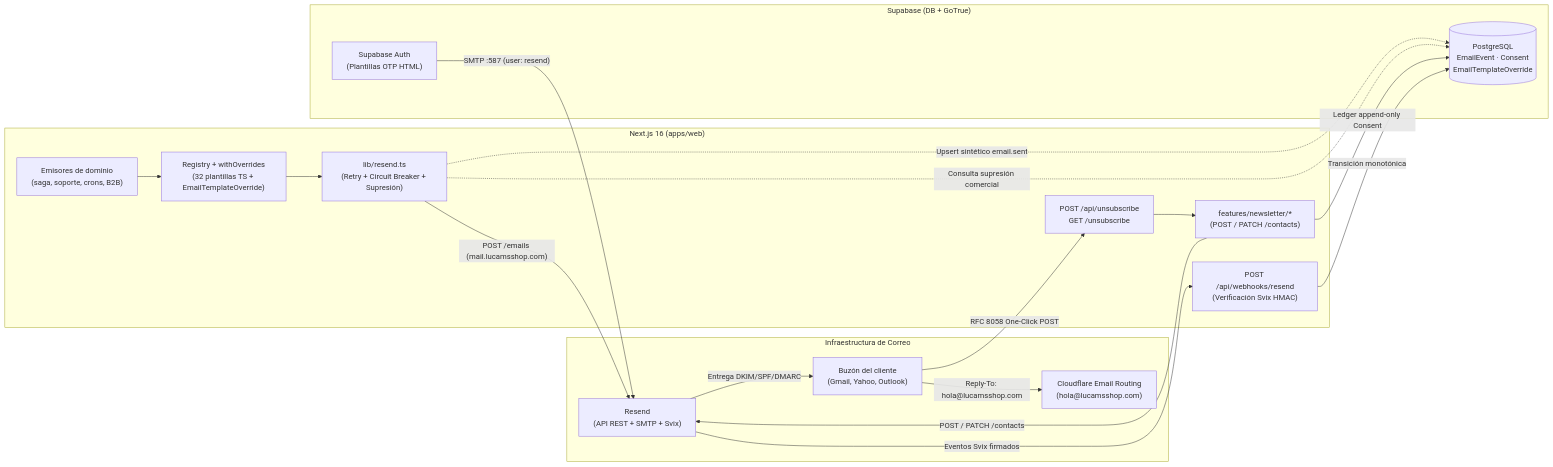
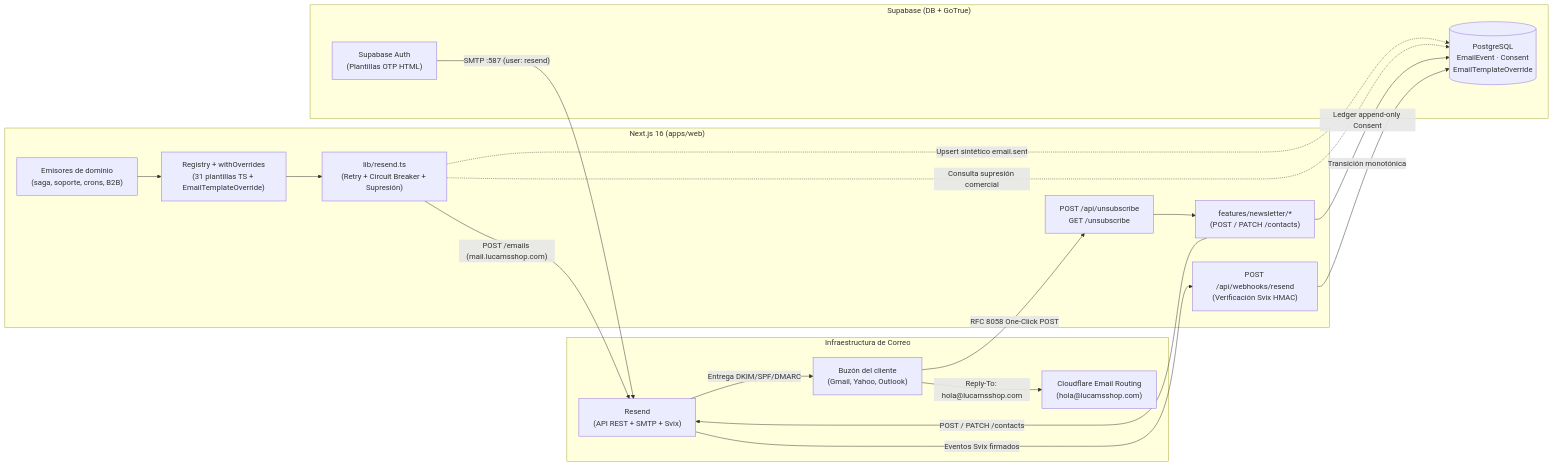
One commit to jullieth93/lucams changed the first of 2 diagrams in docs/integrations/resend-and-emails.md. Above: the diagram before and after it, drawn with Mermaid. The commit also changed other lines of this file and 274 other files, not shown here.

Commit message:
feat!: remove legacy individual quote flow

````diff
--- a/docs/integrations/resend-and-emails.md
+++ b/docs/integrations/resend-and-emails.md
@@ -15,36 +15,36 @@
 ```mermaid
 flowchart LR
   subgraph App["Next.js 16 (apps/web)"]
     Senders["Emisores de dominio\n(saga, soporte, crons, B2B)"]
-    Registry["Registry + withOverrides\n(32 plantillas TS + EmailTemplateOverride)"]
+    Registry["Registry + withOverrides\n(31 plantillas TS + EmailTemplateOverride)"]
     Client["lib/resend.ts\n(Retry + Circuit Breaker + Supresión)"]
     Contacts["features/newsletter/*\n(POST / PATCH /contacts)"]
     Webhook["POST /api/webhooks/resend\n(Verificación Svix HMAC)"]
     Unsub["POST /api/unsubscribe\nGET /unsubscribe"]
   end
 
   subgraph Supabase["Supabase (DB + GoTrue)"]
     GoTrue["Supabase Auth\n(Plantillas OTP HTML)"]
     DB[("PostgreSQL\nEmailEvent · Consent\nEmailTemplateOverride")]
   end
 
   subgraph External["Infraestructura de Correo"]
     Resend["Resend\n(API REST + SMTP + Svix)"]
     CF["Cloudflare Email Routing\n(hola@lucamsshop.com)"]
     Inbox["Buzón del cliente\n(Gmail, Yahoo, Outlook)"]
   end
 
   Senders --> Registry --> Client
   Client -->|"POST /emails (mail.lucamsshop.com)"| Resend
   Client -.->|"Upsert sintético email.sent"| DB
   Client -.->|"Consulta supresión comercial"| DB
   Contacts -->|"POST / PATCH /contacts"| Resend
   Contacts -->|"Ledger append-only Consent"| DB
   GoTrue -->|"SMTP :587 (user: resend)"| Resend
   Resend -->|"Entrega DKIM/SPF/DMARC"| Inbox
   Resend -->|"Eventos Svix firmados"| Webhook
   Webhook -->|"Transición monotónica"| DB
   Inbox -->|"Reply-To: hola@lucamsshop.com"| CF
   Inbox -->|"RFC 8058 One-Click POST"| Unsub
   Unsub --> Contacts
 ```
````
